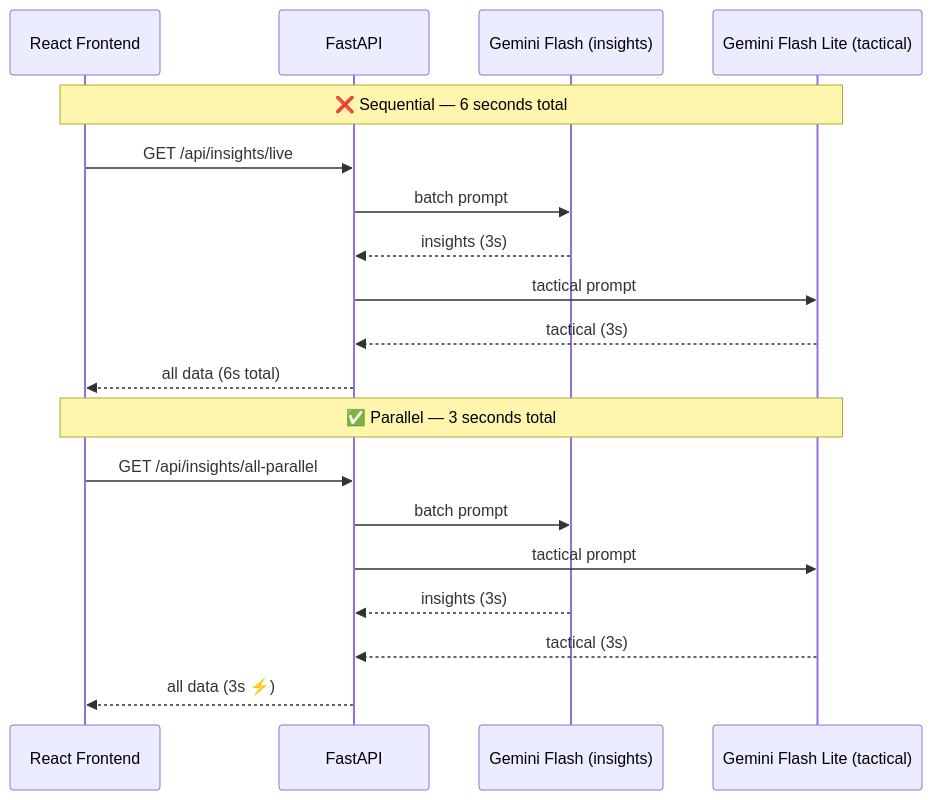
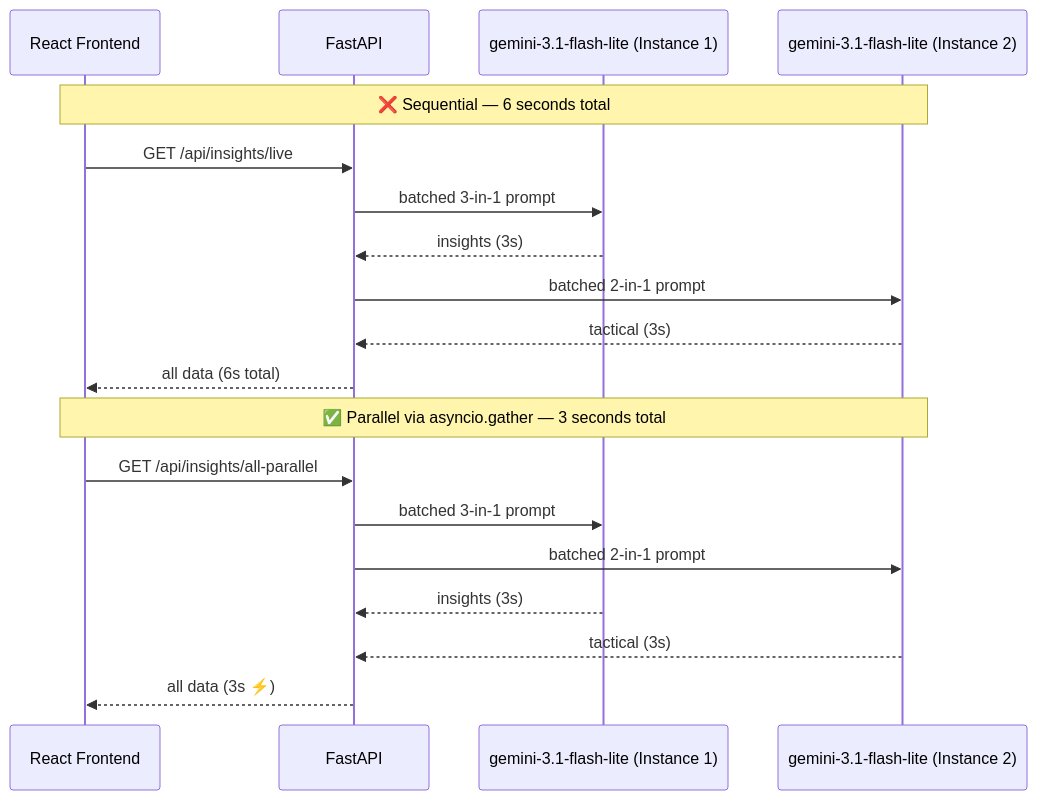
The fourth of 4 diagrams in README.md (adityacyan/ipl-insights), drawn with Mermaid before and after one commit. The commit also changed other lines of this file, not shown here.

Commit message:
docs: update README with live match usage notice and migrate model documentation to gemini-3.1-flash-lite

````diff
--- a/README.md
+++ b/README.md
@@ -160,23 +167,23 @@
 ```mermaid
 sequenceDiagram
     participant FE as React Frontend
     participant API as FastAPI
-    participant M1 as Gemini Flash (insights)
-    participant M2 as Gemini Flash Lite (tactical)
+    participant M1 as gemini-3.1-flash-lite (Instance 1)
+    participant M2 as gemini-3.1-flash-lite (Instance 2)
 
     note over FE,M2: ❌ Sequential — 6 seconds total
     FE->>API: GET /api/insights/live
-    API->>M1: batch prompt
+    API->>M1: batched 3-in-1 prompt
     M1-->>API: insights (3s)
-    API->>M2: tactical prompt
+    API->>M2: batched 2-in-1 prompt
     M2-->>API: tactical (3s)
     API-->>FE: all data (6s total)
 
-    note over FE,M2: ✅ Parallel — 3 seconds total
+    note over FE,M2: ✅ Parallel via asyncio.gather — 3 seconds total
     FE->>API: GET /api/insights/all-parallel
-    API->>M1: batch prompt
-    API->>M2: tactical prompt
+    API->>M1: batched 3-in-1 prompt
+    API->>M2: batched 2-in-1 prompt
     M1-->>API: insights (3s)
     M2-->>API: tactical (3s)
     API-->>FE: all data (3s ⚡)
 ```
````
